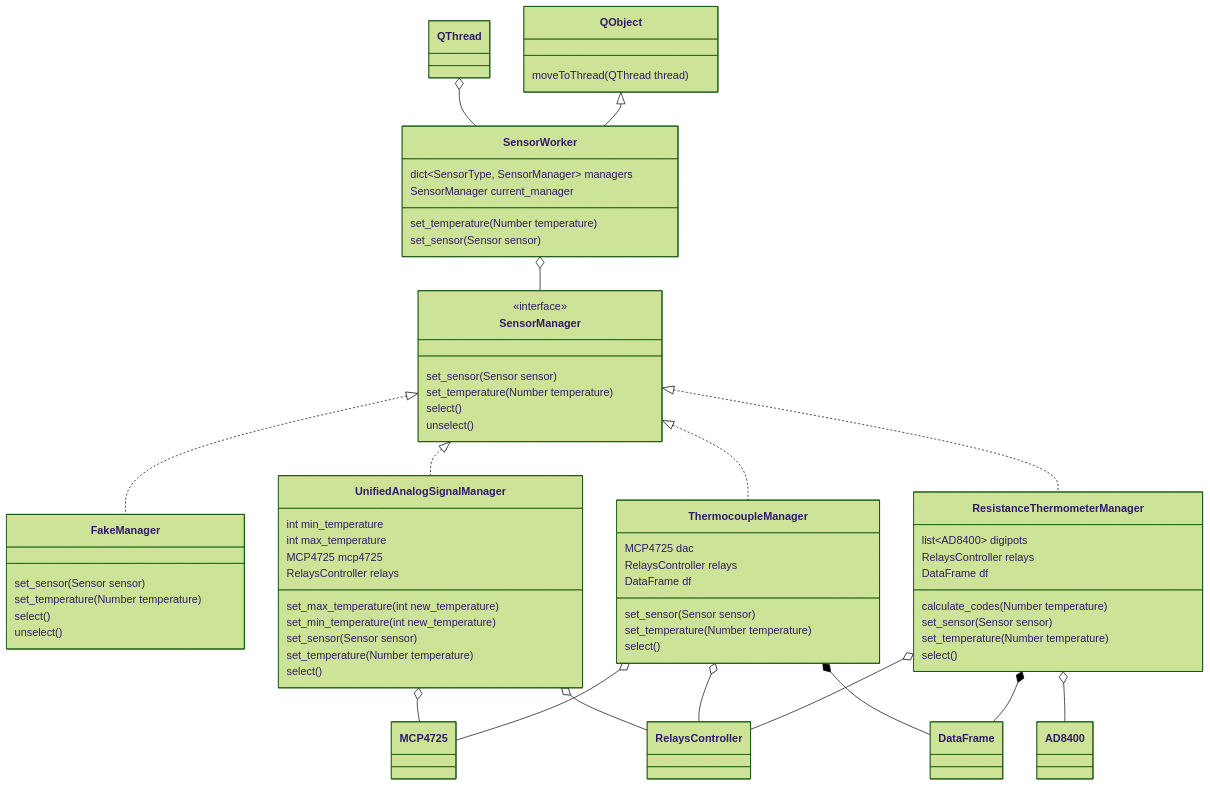
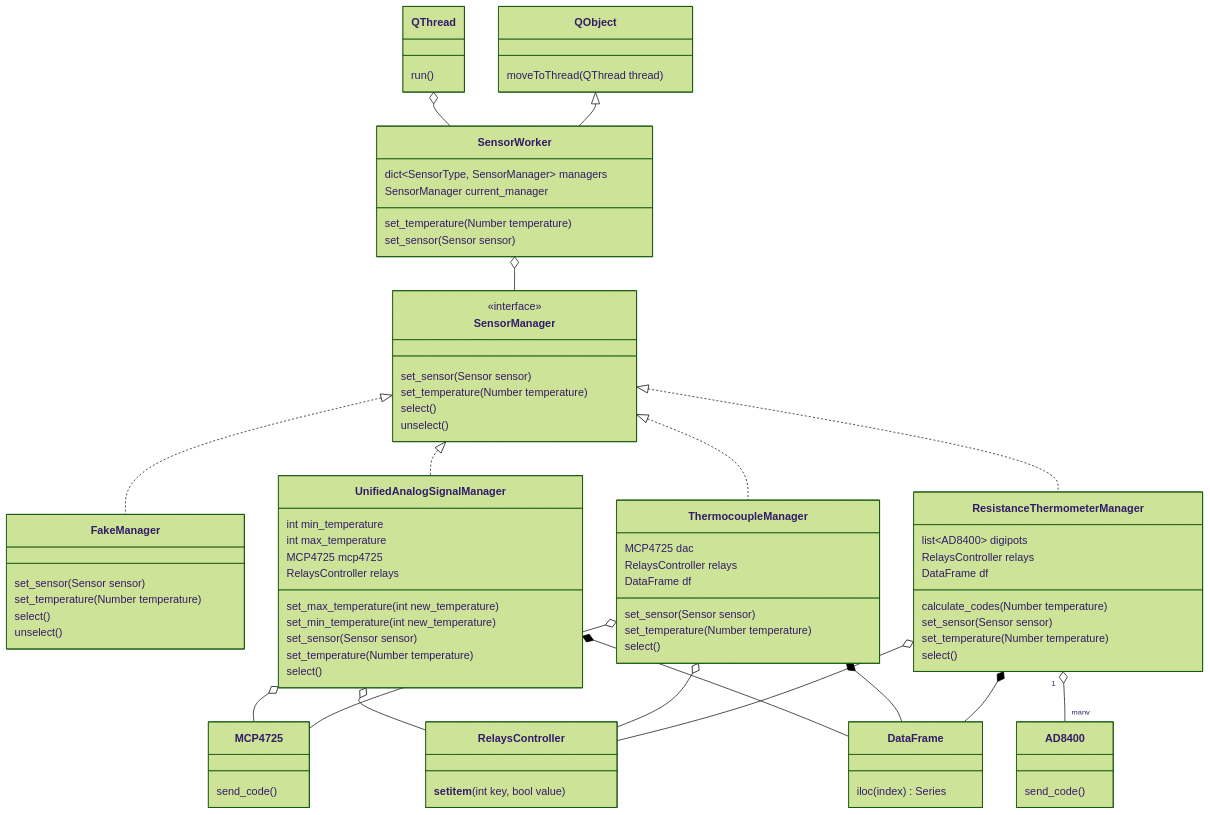
The second of 7 diagrams in data/diagrams/диаграмма классов.md (Marik28/dissertation), drawn with Mermaid (forest theme) before and after one commit. The commit also changed other lines of this file and 9 other files, not shown here.

````diff
--- a/data/diagrams/диаграмма классов.md
+++ b/data/diagrams/диаграмма классов.md
@@ -146,6 +146,22 @@
     
     class QObject {
         moveToThread(QThread thread)
+    }
+    
+    class QThread {
+        run()
+    }
+    
+    class RelaysController {
+        __setitem__(int key, bool value)
+    }
+    
+    class MCP4725 {
+        send_code()
+    }
+
+    class AD8400 {
+        send_code()
     }
     
     class SensorManager {
@@ -191,7 +207,11 @@
         set_temperature(Number temperature)
         select()
     }
-  
+
+    class DataFrame {
+        iloc(index) Series
+    }
+
     QObject <|-- SensorWorker
     QThread o-- SensorWorker
     SensorWorker o-- SensorManager
@@ -206,5 +226,6 @@
     ThermocoupleManager o-- RelaysController
     UnifiedAnalogSignalManager o-- MCP4725
     UnifiedAnalogSignalManager o-- RelaysController
-    ResistanceThermometerManager o-- AD8400
+    UnifiedAnalogSignalManager *-- DataFrame
+    ResistanceThermometerManager "1" o-- "many" AD8400
 ```
````
